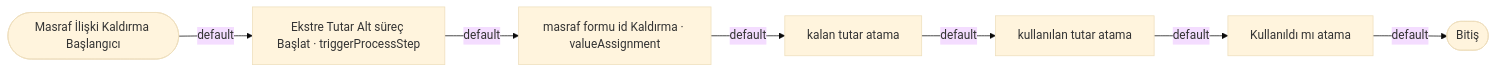
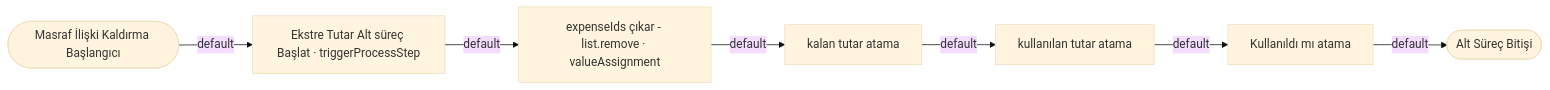
One commit to hiveteamsai/flovo-bpm-doc changed the third of 3 diagrams in bpmEngine/sampleProcess/expenseAndCreditCard/creditCardStatementLine.md. Above: the diagram before and after it, drawn with Mermaid (base theme). The commit also changed other lines of this file and 51 other files, not shown here.

````diff
--- a/bpmEngine/sampleProcess/expenseAndCreditCard/creditCardStatementLine.md
+++ b/bpmEngine/sampleProcess/expenseAndCreditCard/creditCardStatementLine.md
@@ -39,9 +39,9 @@
 ```mermaid
 flowchart LR
   s2([Masraf İlişki Kaldırma Başlangıcı]) -->|default| b2[Ekstre Tutar Alt süreç Başlat · triggerProcessStep]
-  b2 -->|default| id2[masraf formu id Kaldırma · valueAssignment]
+  b2 -->|default| id2[expenseIds çıkar - list.remove · valueAssignment]
   id2 -->|default| k2[kalan tutar atama]
   k2 -->|default| ku2[kullanılan tutar atama]
   ku2 -->|default| u2[Kullanıldı mı atama]
-  u2 -->|default| e2([Bitiş])
+  u2 -->|default| e2([Alt Süreç Bitişi])
 ```
````
